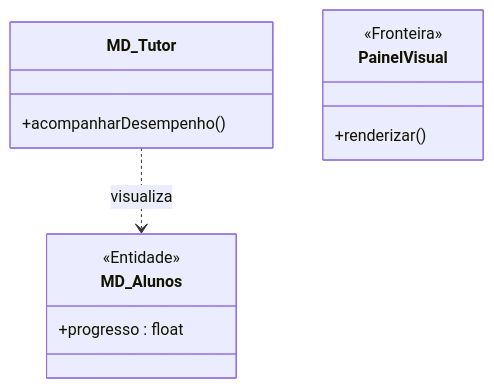
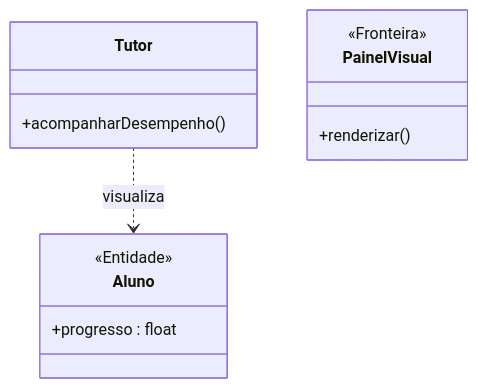
The first of 2 diagrams in PIM_III/02_Modelagem_UML_Astah/UC06_Acompanhar_Desempenho/README.md (MayconDIS/PIM_III-Documentacao_UML), drawn with Mermaid before and after one commit. The commit also changed other lines of this file and 86 other files, not shown here.

Commit message:
docs(uml): add comprehensive UML diagrams and tutorials for all 15 use cases

````diff
--- a/PIM_III/02_Modelagem_UML_Astah/UC06_Acompanhar_Desempenho/README.md
+++ b/PIM_III/02_Modelagem_UML_Astah/UC06_Acompanhar_Desempenho/README.md
@@ -40,15 +40,15 @@
 ```mermaid
 classDiagram
-    class MD_Tutor {
+    class Tutor {
         +acompanharDesempenho()
     }
-    class MD_Alunos {
+    class Aluno {
         <<Entidade>>
         +progresso : float
     }
     class PainelVisual {
         <<Fronteira>>
         +renderizar()
     }
-    MD_Tutor ..> MD_Alunos : visualiza
+    Tutor ..> Aluno : visualiza
 ```
````
